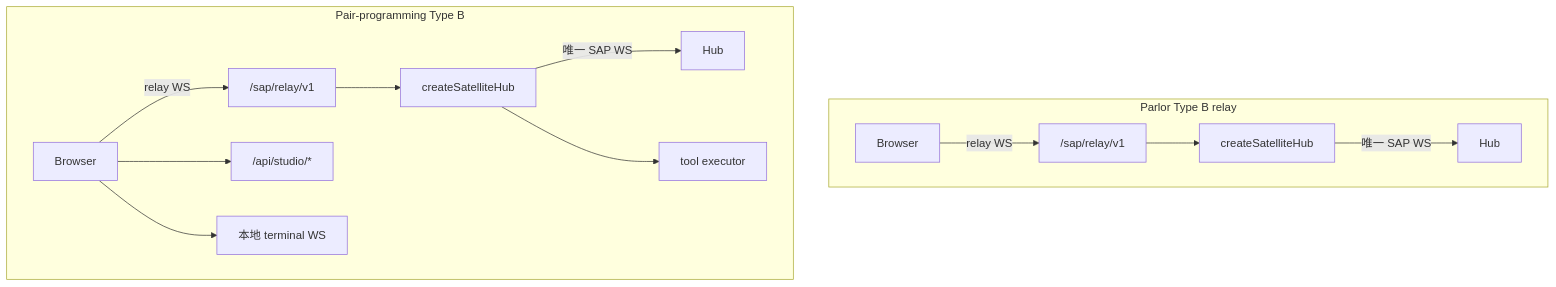
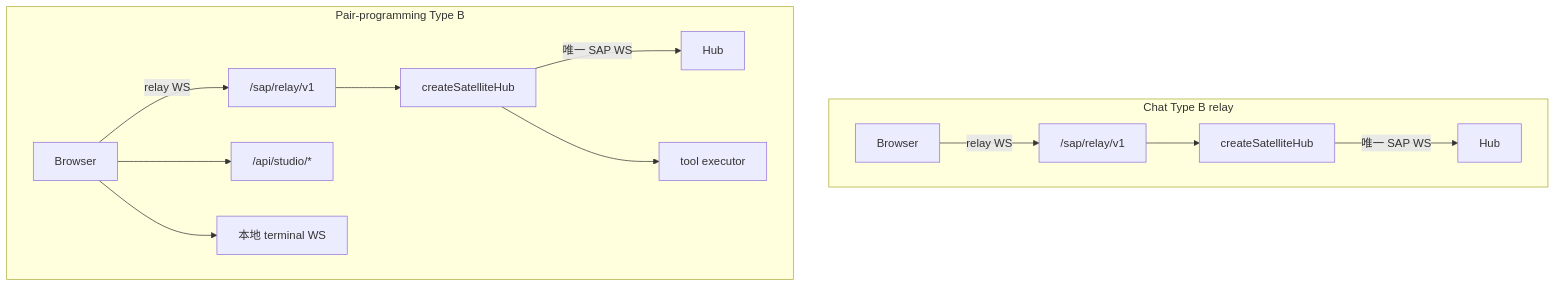
One commit to freeanima-org/freeanima changed the diagram in docs/sap/satellite-guide.md. Above: the diagram before and after it, drawn with Mermaid. The commit also changed other lines of this file and 114 other files, not shown here.

First line of the commit message:
refactor(satellite)!: 将 parlor 重命名为 chat

````diff
--- a/docs/sap/satellite-guide.md
+++ b/docs/sap/satellite-guide.md
@@ -73,17 +73,17 @@
 ```mermaid
 flowchart TB
-  subgraph parlor [Parlor Type B relay]
+  subgraph chat [Chat Type B relay]
     B1[Browser] -->|relay WS| Relay1["/sap/relay/v1"]
     Relay1 --> ProcSAP1[createSatelliteHub]
     ProcSAP1 -->|唯一 SAP WS| Hub1[Hub]
   end
 
   subgraph ppy [Pair-programming Type B]
     B2[Browser] -->|relay WS| Relay2["/sap/relay/v1"]
     Relay2 --> ProcSAP2[createSatelliteHub]
     ProcSAP2 -->|唯一 SAP WS| Hub2[Hub]
     B2 --> LocalFS["/api/studio/*"]
     B2 --> LocalPTY[本地 terminal WS]
     ProcSAP2 --> ToolExec[tool executor]
   end
 ```
````
